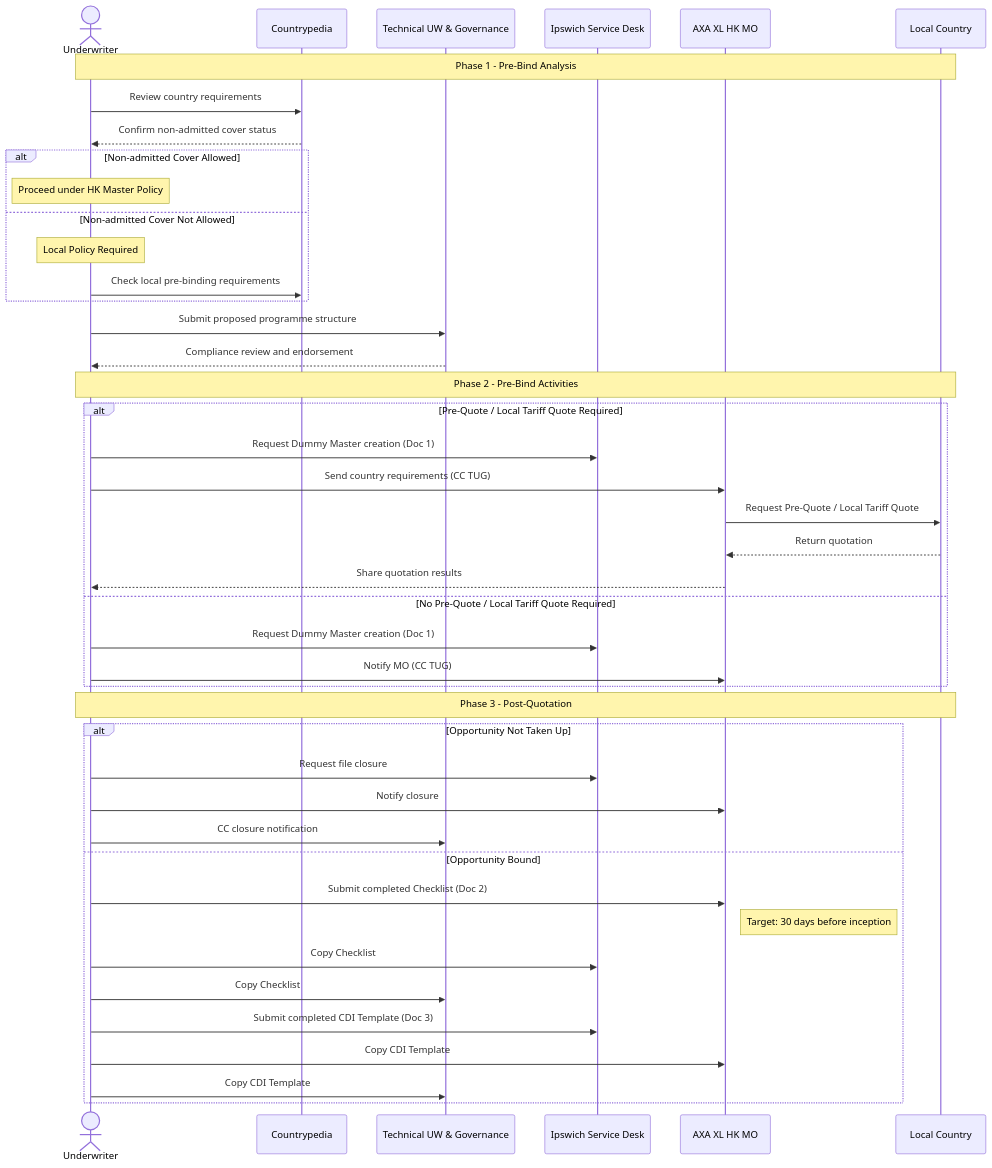
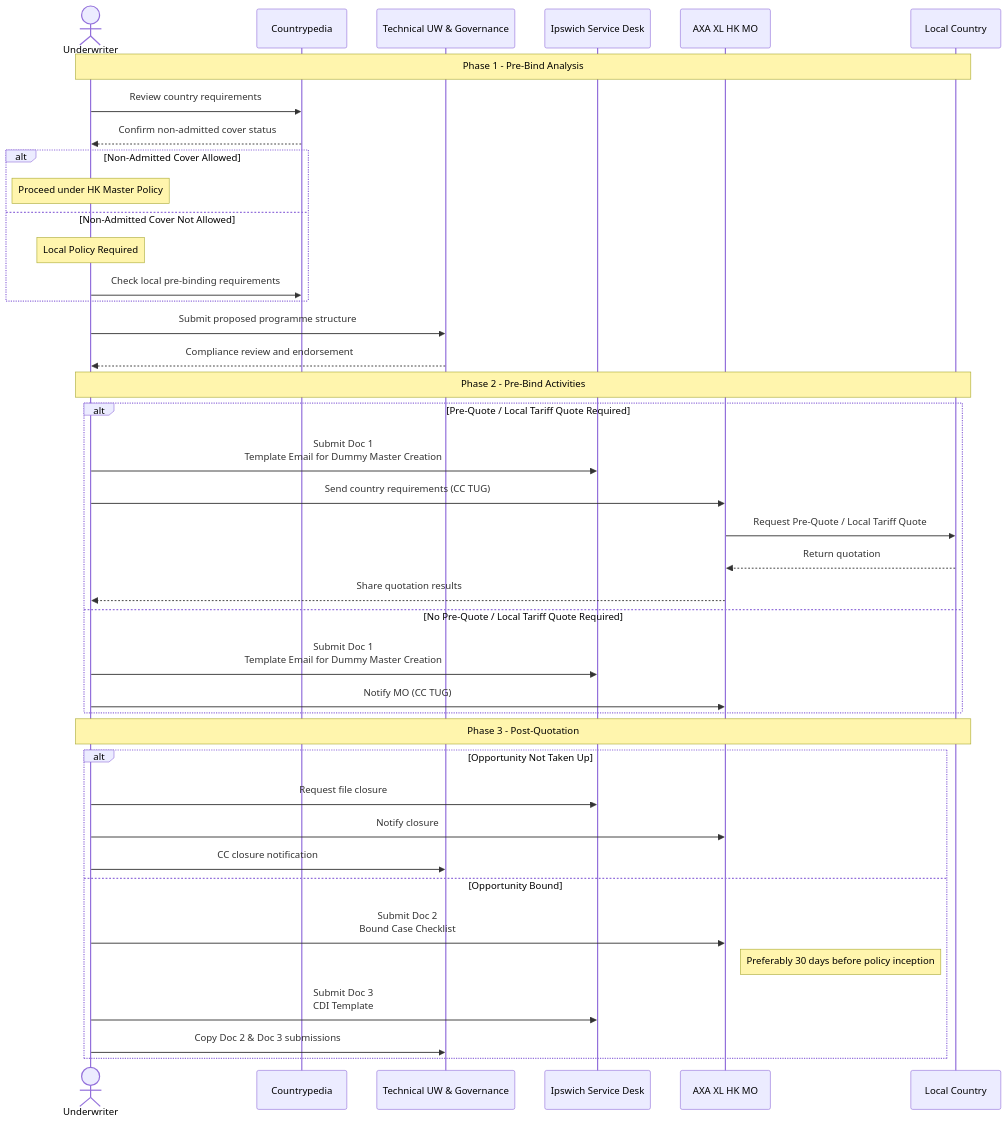
The diagram in AIS.md (raymwor-arch/Diagram), drawn with Mermaid before and after one commit.

````diff
--- a/AIS.md
+++ b/AIS.md
@@ -1,58 +1,55 @@
 ```mermaid
 sequenceDiagram
     actor UW as Underwriter
     participant CP as Countrypedia
     participant TUG as Technical UW & Governance
     participant IPSD as Ipswich Service Desk
     participant MO as AXA XL HK MO
     participant LC as Local Country
 
     Note over UW,LC: Phase 1 - Pre-Bind Analysis
 
     UW->>CP: Review country requirements
     CP-->>UW: Confirm non-admitted cover status
 
-    alt Non-admitted Cover Allowed
+    alt Non-Admitted Cover Allowed
         Note over UW: Proceed under HK Master Policy
-    else Non-admitted Cover Not Allowed
+    else Non-Admitted Cover Not Allowed
         Note over UW: Local Policy Required
         UW->>CP: Check local pre-binding requirements
     end
 
     UW->>TUG: Submit proposed programme structure
     TUG-->>UW: Compliance review and endorsement
 
     Note over UW,LC: Phase 2 - Pre-Bind Activities
 
     alt Pre-Quote / Local Tariff Quote Required
-        UW->>IPSD: Request Dummy Master creation (Doc 1)
+        UW->>IPSD: Submit Doc 1<br/>Template Email for Dummy Master Creation
         UW->>MO: Send country requirements (CC TUG)
 
         MO->>LC: Request Pre-Quote / Local Tariff Quote
         LC-->>MO: Return quotation
         MO-->>UW: Share quotation results
 
     else No Pre-Quote / Local Tariff Quote Required
-        UW->>IPSD: Request Dummy Master creation (Doc 1)
+        UW->>IPSD: Submit Doc 1<br/>Template Email for Dummy Master Creation
         UW->>MO: Notify MO (CC TUG)
     end
 
     Note over UW,LC: Phase 3 - Post-Quotation
 
     alt Opportunity Not Taken Up
         UW->>IPSD: Request file closure
         UW->>MO: Notify closure
         UW->>TUG: CC closure notification
 
     else Opportunity Bound
-        UW->>MO: Submit completed Checklist (Doc 2)
-        Note right of MO: Target: 30 days before inception
+        UW->>MO: Submit Doc 2<br/>Bound Case Checklist
+        Note right of MO: Preferably 30 days before policy inception
 
-        UW->>IPSD: Copy Checklist
-        UW->>TUG: Copy Checklist
+        UW->>IPSD: Submit Doc 3<br/>CDI Template
 
-        UW->>IPSD: Submit completed CDI Template (Doc 3)
-        UW->>MO: Copy CDI Template
-        UW->>TUG: Copy CDI Template
+        UW->>TUG: Copy Doc 2 & Doc 3 submissions
     end
 ```
````
